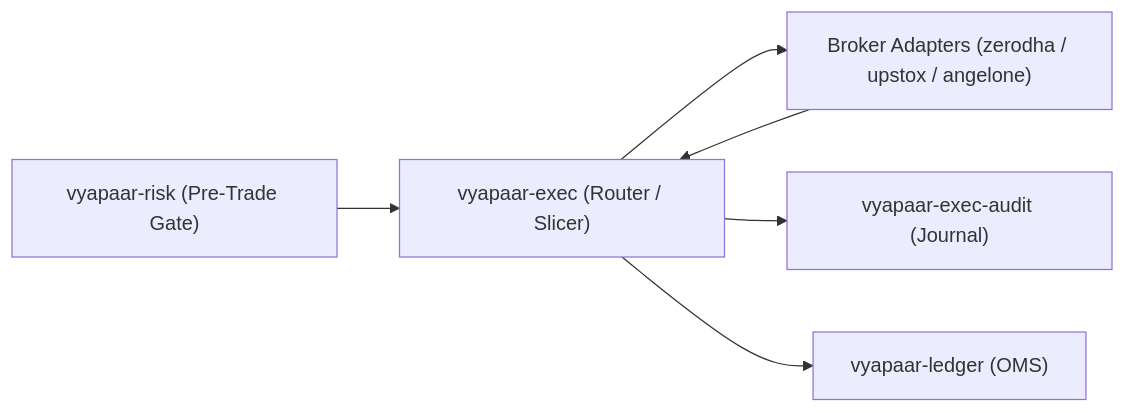
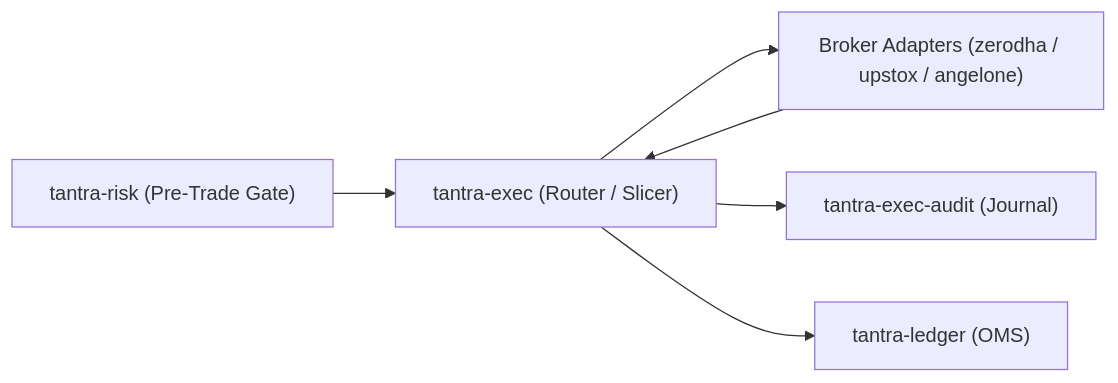
One commit to tantra-labs/tantra-exec changed the diagram in docs/design/architecture.md. Above: the diagram before and after it, drawn with Mermaid. The commit also changed other lines of this file and 206 other files, not shown here.

Commit message:
refactor(exec): rename vyapaar-* crates to tantra-*

````diff
--- a/docs/design/architecture.md
+++ b/docs/design/architecture.md
@@ -11,8 +11,8 @@
 ```mermaid
 flowchart LR
-    Risk["vyapaar-risk (Pre-Trade Gate)"] --> Exec["vyapaar-exec (Router / Slicer)"]
+    Risk["tantra-risk (Pre-Trade Gate)"] --> Exec["tantra-exec (Router / Slicer)"]
     Exec --> Broker["Broker Adapters (zerodha / upstox / angelone)"]
     Broker --> Exec
-    Exec --> Audit["vyapaar-exec-audit (Journal)"]
-    Exec --> Ledger["vyapaar-ledger (OMS)"]
+    Exec --> Audit["tantra-exec-audit (Journal)"]
+    Exec --> Ledger["tantra-ledger (OMS)"]
 ```
````
